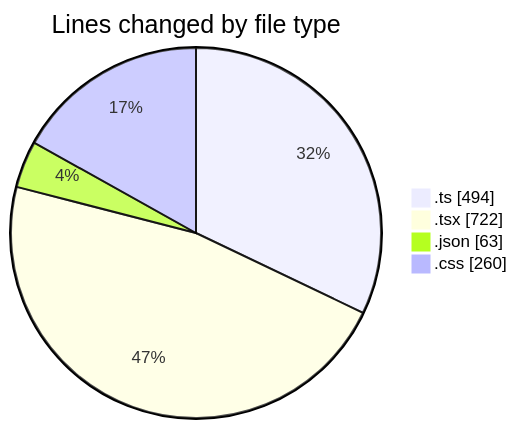
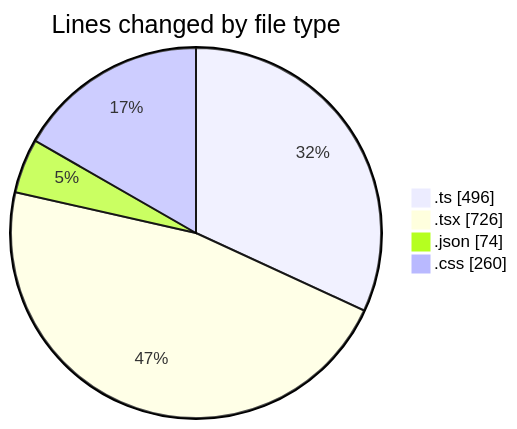
The first of 2 diagrams in 2025-11-24/eventscop-frontend-guide__workspace_/README.md (julien-gomy/code-tracking), drawn with Mermaid before and after one commit. The commit also changed other lines of this file and 1 other file, not shown here.

````diff
--- a/2025-11-24/eventscop-frontend-guide__workspace_/README.md
+++ b/2025-11-24/eventscop-frontend-guide__workspace_/README.md
@@ -40,8 +41,8 @@
 ```mermaid
 pie showData
 title Lines changed by file type
-".ts" : 494
-".tsx" : 722
-".json" : 63
+".ts" : 496
+".tsx" : 726
+".json" : 74
 ".css" : 260
 ```
````
